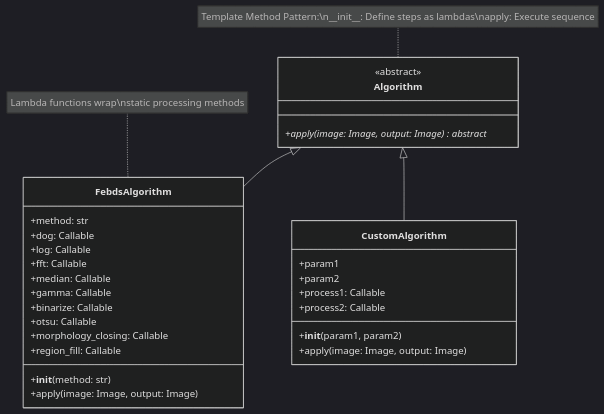
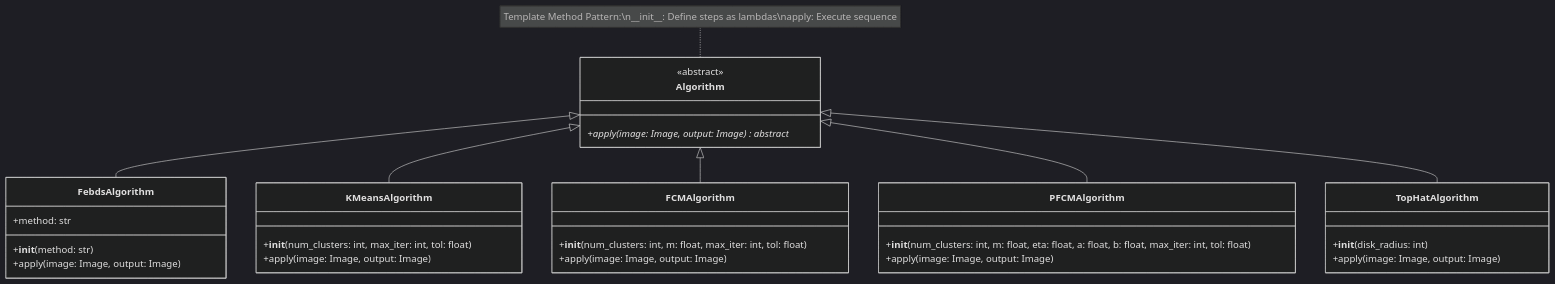
Before and after one commit to LATIS-medical-Imaging/medical-image-std: the fifth of 10 diagrams in docs/architecture.md, drawn with Mermaid (dark theme). The commit also changed other lines of this file and 22 other files, not shown here.

````diff
--- a/docs/architecture.md
+++ b/docs/architecture.md
@@ -235,40 +235,41 @@
 ```mermaid
 classDiagram
     class Algorithm {
         <<abstract>>
         +apply(image: Image, output: Image)* abstract
     }
     
     class FebdsAlgorithm {
         +method: str
-        +dog: Callable
-        +log: Callable
-        +fft: Callable
-        +median: Callable
-        +gamma: Callable
-        +binarize: Callable
-        +otsu: Callable
-        +morphology_closing: Callable
-        +region_fill: Callable
-        
         +__init__(method: str)
         +apply(image: Image, output: Image)
     }
     
-    class CustomAlgorithm {
-        +param1
-        +param2
-        +process1: Callable
-        +process2: Callable
-        
-        +__init__(param1, param2)
+    class KMeansAlgorithm {
+        +__init__(num_clusters: int, max_iter: int, tol: float)
+        +apply(image: Image, output: Image)
+    }
+    
+    class FCMAlgorithm {
+        +__init__(num_clusters: int, m: float, max_iter: int, tol: float)
+        +apply(image: Image, output: Image)
+    }
+    
+    class PFCMAlgorithm {
+        +__init__(num_clusters: int, m: float, eta: float, a: float, b: float, max_iter: int, tol: float)
+        +apply(image: Image, output: Image)
+    }
+
+    class TopHatAlgorithm {
+        +__init__(disk_radius: int)
         +apply(image: Image, output: Image)
     }
     
     Algorithm <|-- FebdsAlgorithm
-    Algorithm <|-- CustomAlgorithm
+    Algorithm <|-- KMeansAlgorithm
+    Algorithm <|-- FCMAlgorithm
+    Algorithm <|-- PFCMAlgorithm
+    Algorithm <|-- TopHatAlgorithm
     
     note for Algorithm "Template Method Pattern:\n__init__: Define steps as lambdas\napply: Execute sequence"
-    
-    note for FebdsAlgorithm "Lambda functions wrap\nstatic processing methods"
 ```
````
